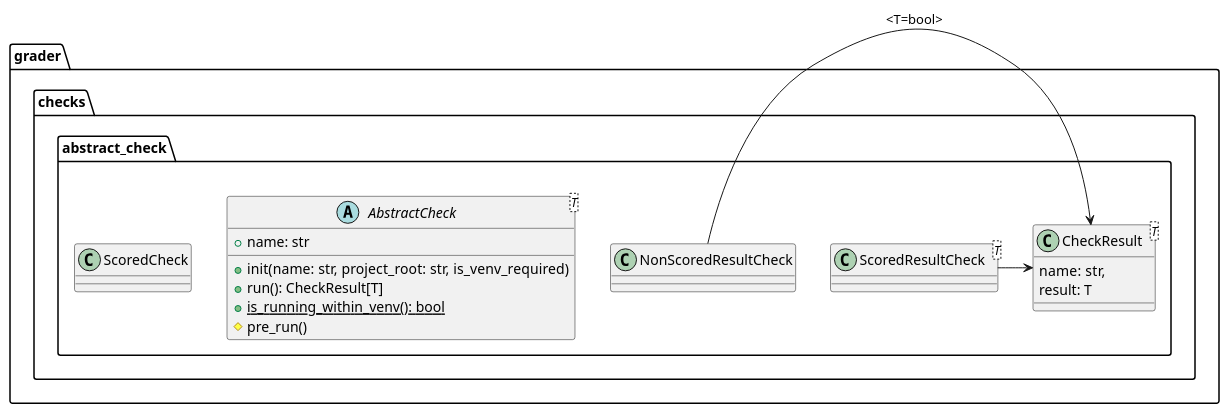
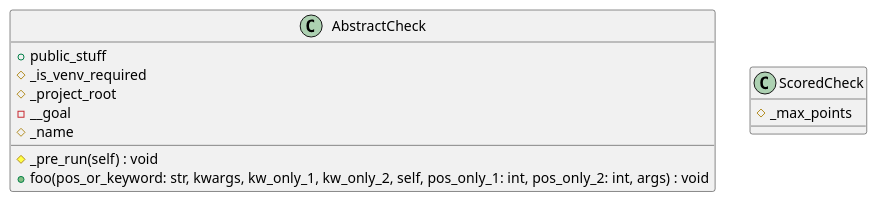
One commit to lyubolp/py2uml changed the diagram in sample.puml. Above: the diagram before and after it, drawn with PlantUML.

Commit message:
Sample class diagram

```diff
--- a/sample.puml
+++ b/sample.puml
@@ -1,32 +1,19 @@
 @startuml
 
+class AbstractCheck {
+    + public_stuff
+    # _is_venv_required
+    # _project_root
+    - __goal
+    # _name
+    # _pre_run(self) : void
+    + foo(pos_or_keyword: str, kwargs, kw_only_1, kw_only_2, self, pos_only_1: int, pos_only_2: int, args) : void
+}
 
 
-set separator ::
+class ScoredCheck {
+    # _max_points
+}
 
 
-
-abstract grader::checks::abstract_check::AbstractCheck<T> {
-    +init(name: str, project_root: str, is_venv_required)
-    +run(): CheckResult[T]
-    +name: str
-    {static} +is_running_within_venv(): bool
-    #pre_run()
-}
-
-class grader::checks::abstract_check::CheckResult<T> {
-    name: str,
-    result: T
-}
-
-class grader::checks::abstract_check::ScoredResultCheck<T>
-class grader::checks::abstract_check::NonScoredResultCheck
-
-ScoredResultCheck -> CheckResult
-NonScoredResultCheck -> CheckResult : <T=bool>
-
-class grader::checks::abstract_check::ScoredCheck {
-
-}
-
 @enduml
```
